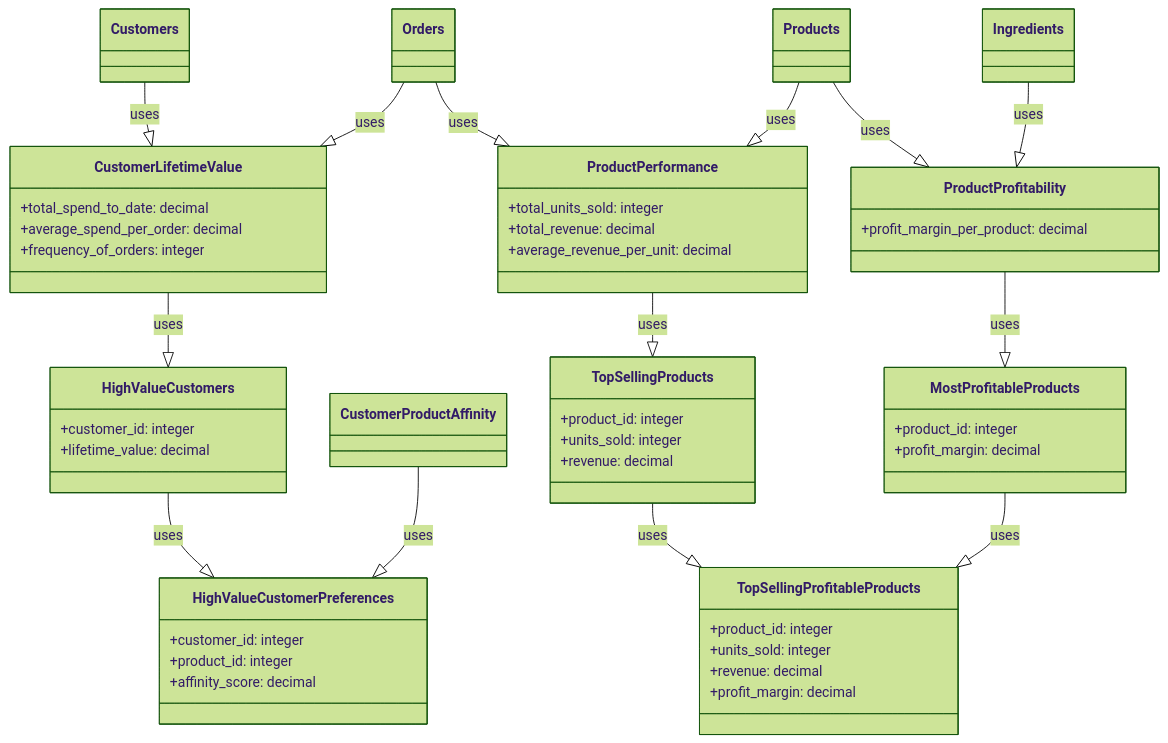
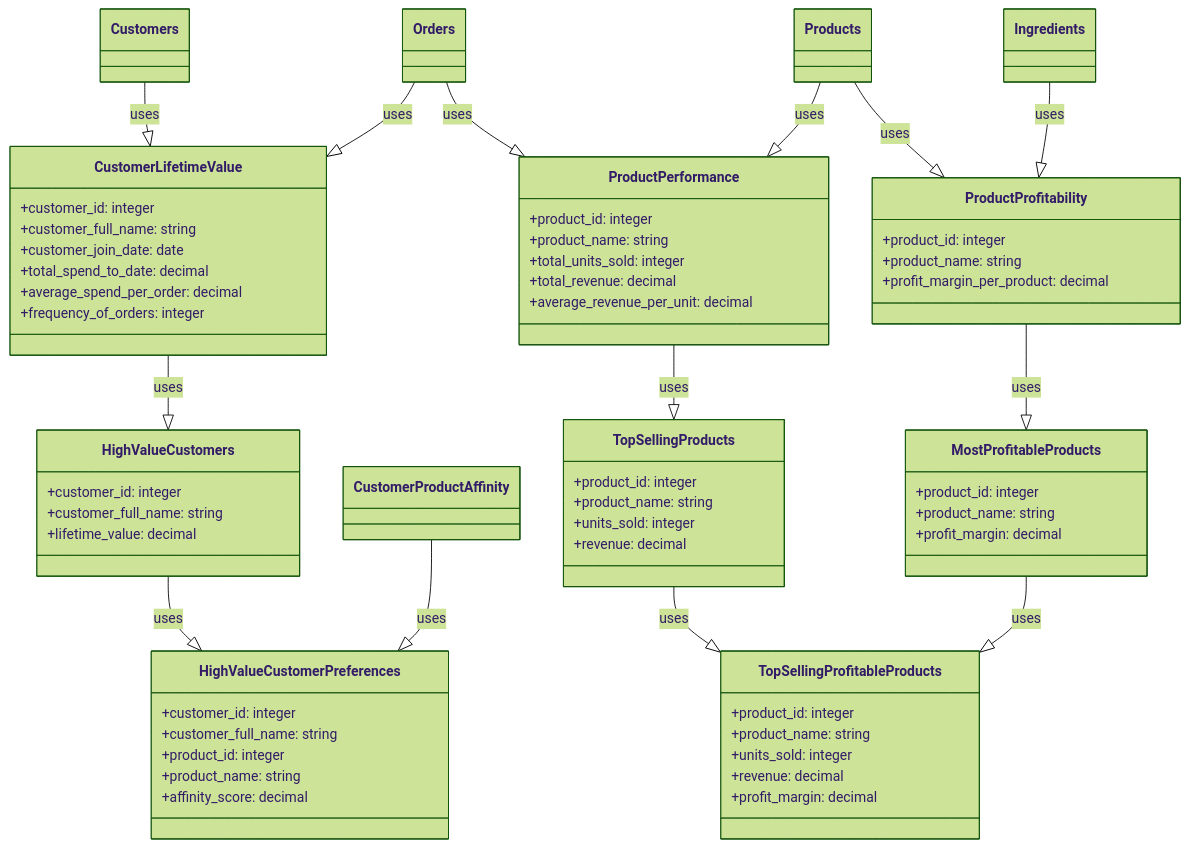
Before and after one commit to starlake-ai/StarBake: the second of 2 diagrams in README.md, drawn with Mermaid (forest theme). The commit also changed 80 other files, not shown here.

````diff
--- a/README.md
+++ b/README.md
@@ -112,64 +112,75 @@
 ```mermaid
 classDiagram
     Customers --|> CustomerLifetimeValue: uses
     Orders --|> CustomerLifetimeValue: uses
     Orders --|> ProductPerformance: uses
     Products --|> ProductPerformance: uses
     Products --|> ProductProfitability: uses
     Ingredients --|> ProductProfitability: uses
     CustomerLifetimeValue --|> HighValueCustomers: uses
     ProductPerformance --|> TopSellingProducts: uses
     ProductProfitability --|> MostProfitableProducts: uses
     TopSellingProducts --|> TopSellingProfitableProducts: uses
     MostProfitableProducts --|> TopSellingProfitableProducts: uses
     HighValueCustomers --|> HighValueCustomerPreferences: uses
     CustomerProductAffinity --|> HighValueCustomerPreferences: uses
 
     class CustomerLifetimeValue {
+        +customer_id: integer
+        +customer_full_name: string
+        +customer_join_date: date
         +total_spend_to_date: decimal
         +average_spend_per_order: decimal
         +frequency_of_orders: integer
     }
 
     class ProductPerformance {
+        +product_id: integer
+        +product_name: string
         +total_units_sold: integer
         +total_revenue: decimal
         +average_revenue_per_unit: decimal
     }
 
     class ProductProfitability {
+        +product_id: integer
+        +product_name: string
         +profit_margin_per_product: decimal
     }
 
     class HighValueCustomers {
         +customer_id: integer
+        +customer_full_name: string
         +lifetime_value: decimal
     }
 
     class TopSellingProducts {
         +product_id: integer
+        +product_name: string
         +units_sold: integer
         +revenue: decimal
     }
 
     class MostProfitableProducts {
         +product_id: integer
+        +product_name: string
         +profit_margin: decimal
     }
 
     class TopSellingProfitableProducts {
         +product_id: integer
+        +product_name: string
         +units_sold: integer
         +revenue: decimal
         +profit_margin: decimal
     }
 
     class HighValueCustomerPreferences {
         +customer_id: integer
+        +customer_full_name: string
         +product_id: integer
+        +product_name: string
         +affinity_score: decimal
     }
 
-
-
 ```
````
